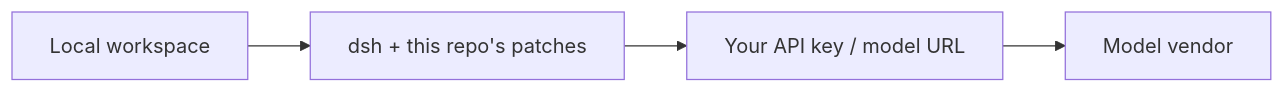
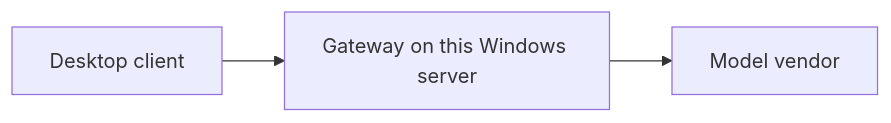
Before and after one commit to 398894496-arch/TDHarness-coding: the diagram in docs/PRODUCT.md, drawn with Mermaid. The commit also changed other lines of this file and 6 other files, not shown here.

First line of the commit message:
Align the public repo page with the LAN server install.

````diff
--- a/docs/PRODUCT.md
+++ b/docs/PRODUCT.md
@@ -14,6 +14,5 @@
 ```mermaid
 flowchart LR
-  W[Local workspace] --> D[dsh + this repo's patches]
-  D --> K[Your API key / model URL]
-  K --> P[Model vendor]
+  C[Desktop client] --> G[Gateway on this Windows server]
+  G --> V[Model vendor]
 ```
````
